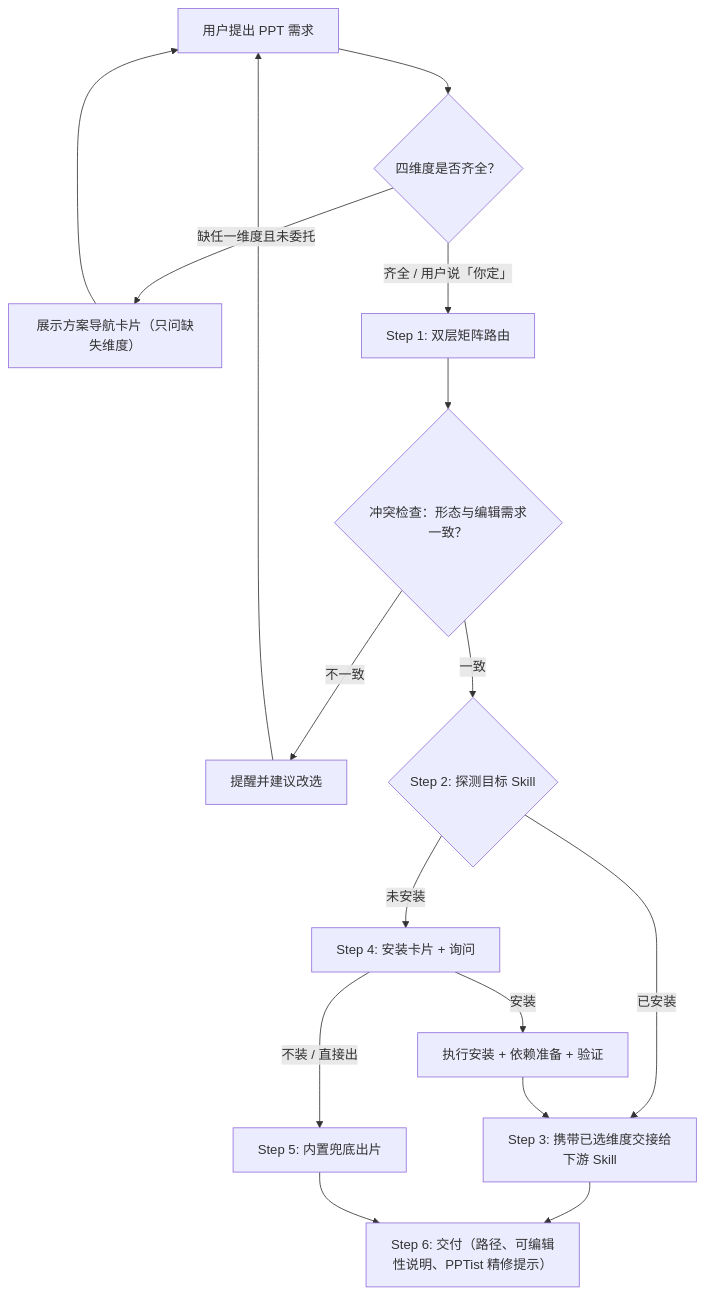
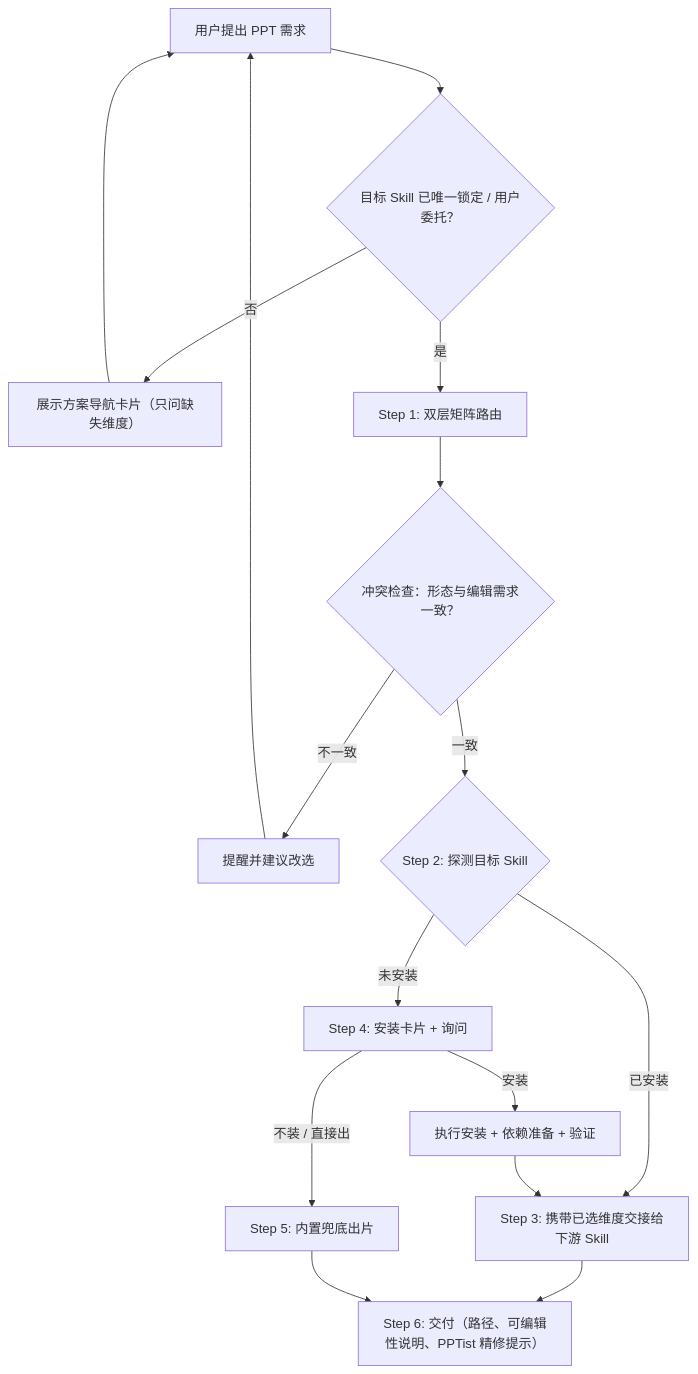
The diagram in lib/skills/leo-ppt-router/SKILL.md (zlpawn/shrimp), drawn with Mermaid before and after one commit. The commit also changed other lines of this file, not shown here.

Commit message:
fix(leo-ppt-router): tighten routing wording from scenario tests

````diff
--- a/lib/skills/leo-ppt-router/SKILL.md
+++ b/lib/skills/leo-ppt-router/SKILL.md
@@ -25,16 +25,16 @@
 ```mermaid
 flowchart TD
-    A["用户提出 PPT 需求"] --> B{"四维度是否齐全？"}
-    B -- "缺任一维度且未委托" --> C["展示方案导航卡片（只问缺失维度）"]
+    A["用户提出 PPT 需求"] --> B{"目标 Skill 已唯一锁定 / 用户委托？"}
+    B -- "否" --> C["展示方案导航卡片（只问缺失维度）"]
     C --> A
-    B -- "齐全 / 用户说「你定」" --> D["Step 1: 双层矩阵路由"]
+    B -- "是" --> D["Step 1: 双层矩阵路由"]
     D --> E{"冲突检查：形态与编辑需求一致？"}
     E -- "不一致" --> F["提醒并建议改选"] --> A
     E -- "一致" --> G{"Step 2: 探测目标 Skill"}
     G -- "已安装" --> H["Step 3: 携带已选维度交接给下游 Skill"]
     G -- "未安装" --> I["Step 4: 安装卡片 + 询问"]
     I -- "安装" --> J["执行安装 + 依赖准备 + 验证"] --> H
     I -- "不装 / 直接出" --> K["Step 5: 内置兜底出片"]
     H --> L["Step 6: 交付（路径、可编辑性说明、PPTist 精修提示）"]
     K --> L
 ```
````
